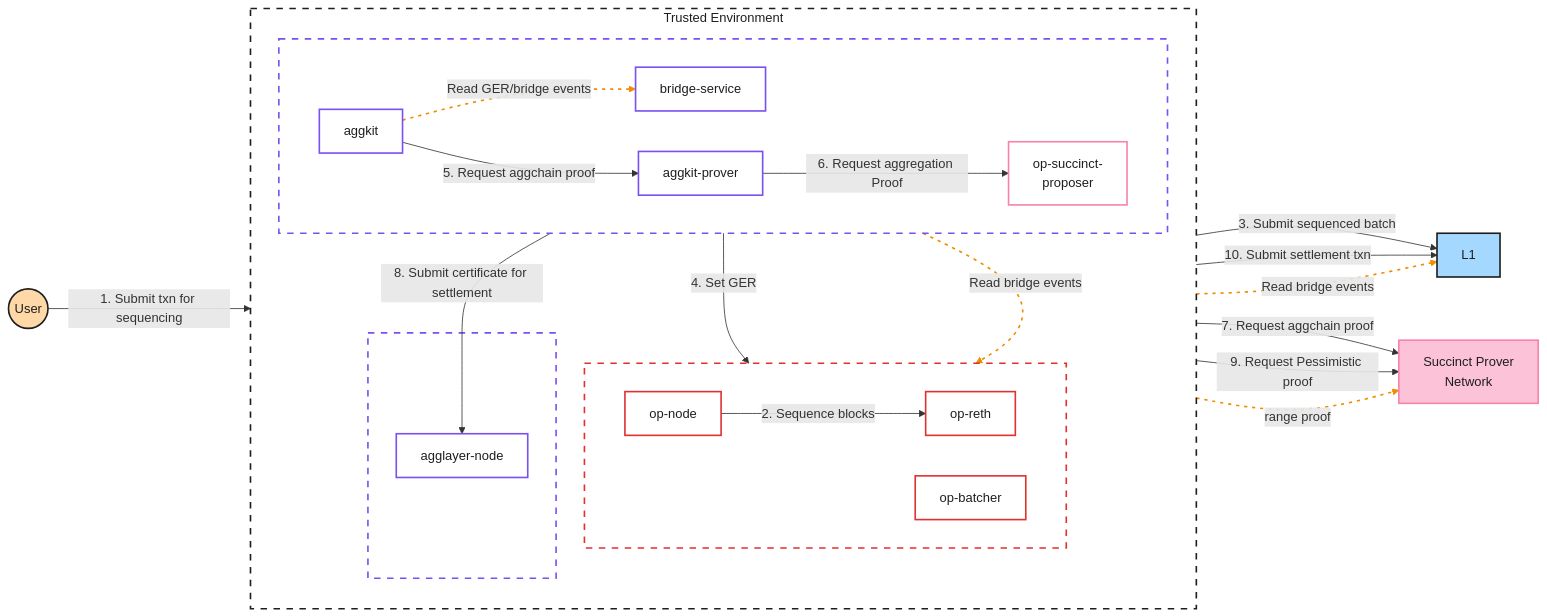
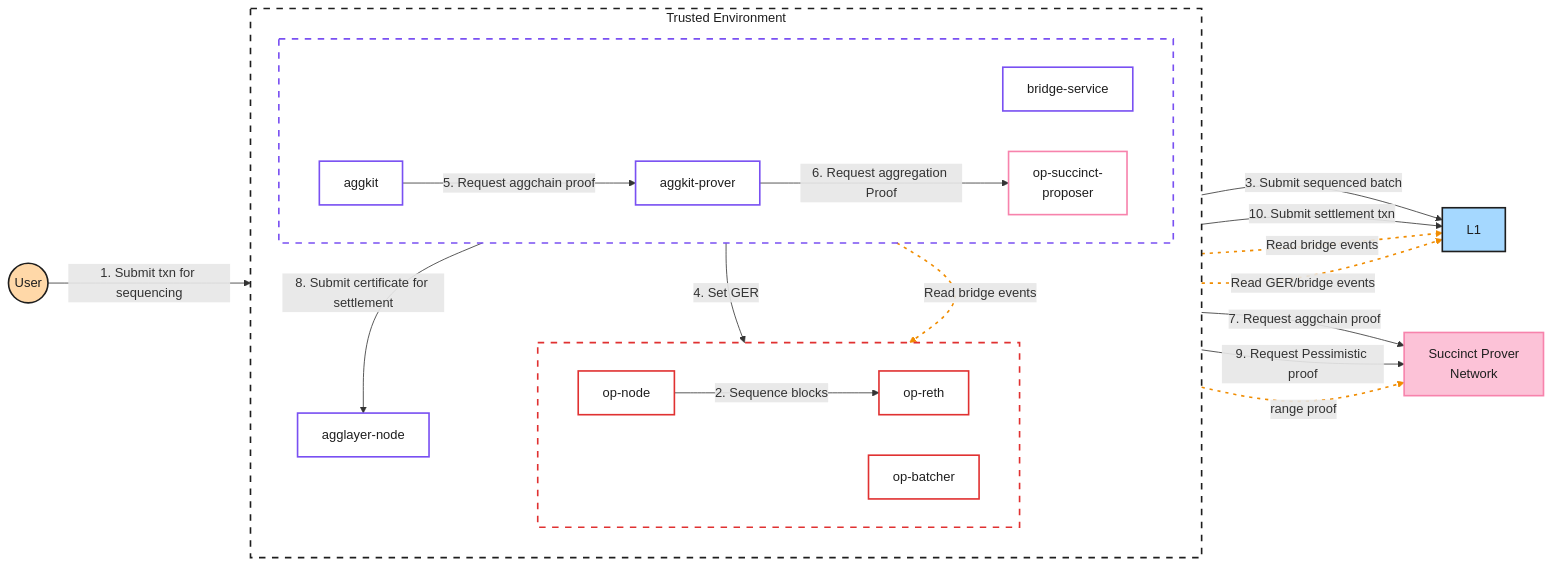
The diagram in images/cdk-op-reth-fep.mmd (0xPolygon/cdk-op-reth), drawn with Mermaid before and after one commit. The commit also changed 2 other files, not shown here.

Commit message:
docs: apply diagram fixes to README architecture flowcharts
Sync the README PP and FEP mermaid blocks with the updated .mmd sources:
flatten the agglayer-node out of its own subgraph, point the aggkit GER
read at L1, and switch PP to the elk renderer.

```diff
--- a/images/cdk-op-reth-fep.mmd
+++ b/images/cdk-op-reth-fep.mmd
@@ -1,73 +1,70 @@
 flowchart LR
     %% External actors
     User((User))
     L1[L1]
     SPN[Succinct Prover<br/>Network]
 
     %% Trusted Environment boundary
     subgraph TE["Trusted Environment"]
         direction TB
 
         subgraph OPSTACK[" "]
             direction LR
             opnode[op-node]
             opreth[op-reth]
             opbatcher[op-batcher]
         end
 
         subgraph AGGSTACK[" "]
             direction LR
             bridgeservice[bridge-service]
             aggkit[aggkit]
             aggkitprover[aggkit-prover]
             opsuccinct[op-succinct-<br/>proposer]
         end
 
-        subgraph AGGNODE[" "]
-            agglayernode[agglayer-node]
-        end
+        agglayernode[agglayer-node]
     end
 
     %% ===== Main flow (solid, numbered) =====
     User -->|"1. Submit txn for sequencing"| opreth
     opnode -->|"2. Sequence blocks"| opreth
     opbatcher -->|"3. Submit sequenced batch"| L1
     aggkit -->|"4. Set GER"| opreth
     aggkit -->|"5. Request aggchain proof"| aggkitprover
     aggkitprover -->|"6. Request aggregation Proof"| opsuccinct
     opsuccinct -->|"7. Request aggchain proof"| SPN
     aggkit -->|"8. Submit certificate for settlement"| agglayernode
     agglayernode -->|"9. Request Pessimistic proof"| SPN
     agglayernode -->|"10. Submit settlement txn"| L1
 
     %% ===== Periodical operations (dashed orange) =====
     bridgeservice -.->|"Read bridge events"| L1
     bridgeservice -.->|"Read bridge events"| opreth
-    aggkit -.->|"Read GER/bridge events"| bridgeservice
+    aggkit -.->|"Read GER/bridge events"| L1
     opsuccinct -.->|"range proof"| SPN
 
     %% ===== Styling =====
     classDef opComp stroke:#e03131,stroke-width:2px,fill:#fff,color:#1e1e1e
     classDef aggComp stroke:#7950f2,stroke-width:2px,fill:#fff,color:#1e1e1e
     classDef succinctComp stroke:#f783ac,stroke-width:2px,fill:#fff,color:#1e1e1e
     classDef l1Box stroke:#1e1e1e,stroke-width:2px,fill:#a5d8ff,color:#1e1e1e
     classDef userCircle stroke:#1e1e1e,stroke-width:2px,fill:#ffd8a8,color:#1e1e1e
     classDef spnBox stroke:#f783ac,stroke-width:2px,fill:#fcc2d7,color:#1e1e1e
 
     class opnode,opreth,opbatcher opComp
     class aggkit,aggkitprover,bridgeservice,agglayernode aggComp
     class opsuccinct succinctComp
     class L1 l1Box
     class User userCircle
     class SPN spnBox
 
     style TE stroke:#1e1e1e,stroke-width:2px,stroke-dasharray: 8 8,fill:transparent,color:#1e1e1e
     style OPSTACK stroke:#e03131,stroke-width:2px,stroke-dasharray: 8 8,fill:transparent
     style AGGSTACK stroke:#7950f2,stroke-width:2px,stroke-dasharray: 8 8,fill:transparent
-    style AGGNODE stroke:#7950f2,stroke-width:2px,stroke-dasharray: 8 8,fill:transparent
 
-    %% Periodical links rendered in orange dashed (indices 10-13, in order added)
+    %% Periodical links rendered in orange dashed (indices 10-13)
     linkStyle 10 stroke:#f08c00,stroke-width:2px,stroke-dasharray: 4 6
     linkStyle 11 stroke:#f08c00,stroke-width:2px,stroke-dasharray: 4 6
     linkStyle 12 stroke:#f08c00,stroke-width:2px,stroke-dasharray: 4 6
     linkStyle 13 stroke:#f08c00,stroke-width:2px,stroke-dasharray: 4 6
```
